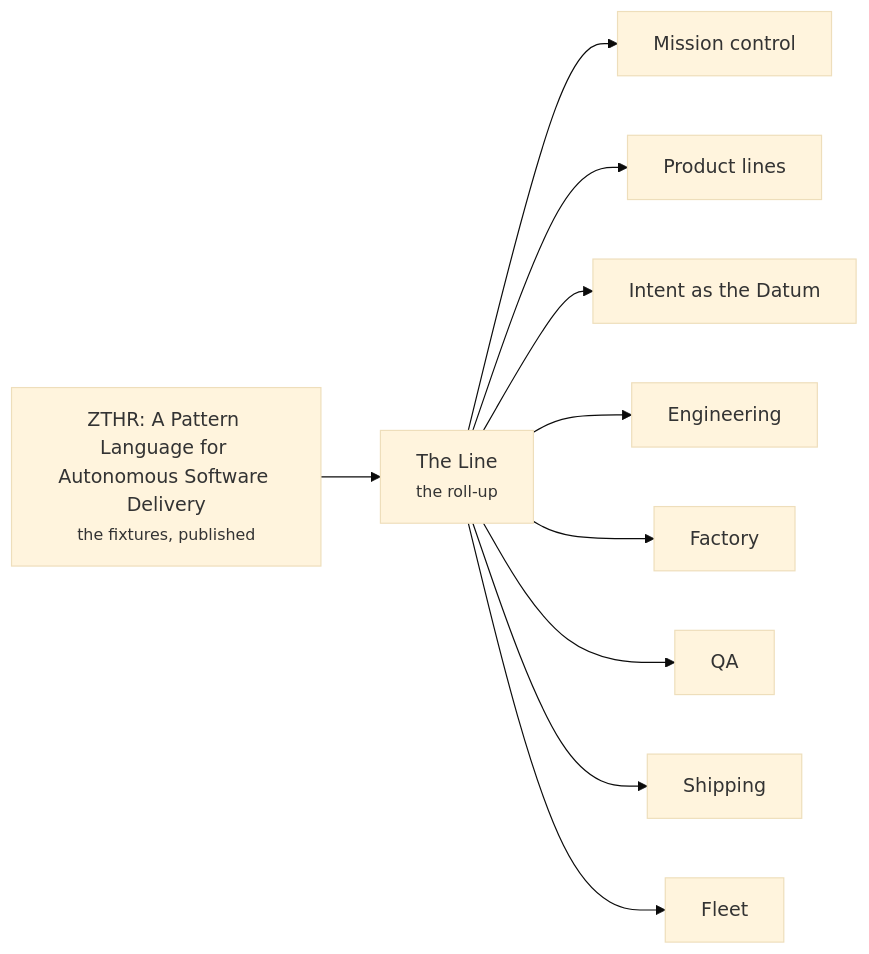
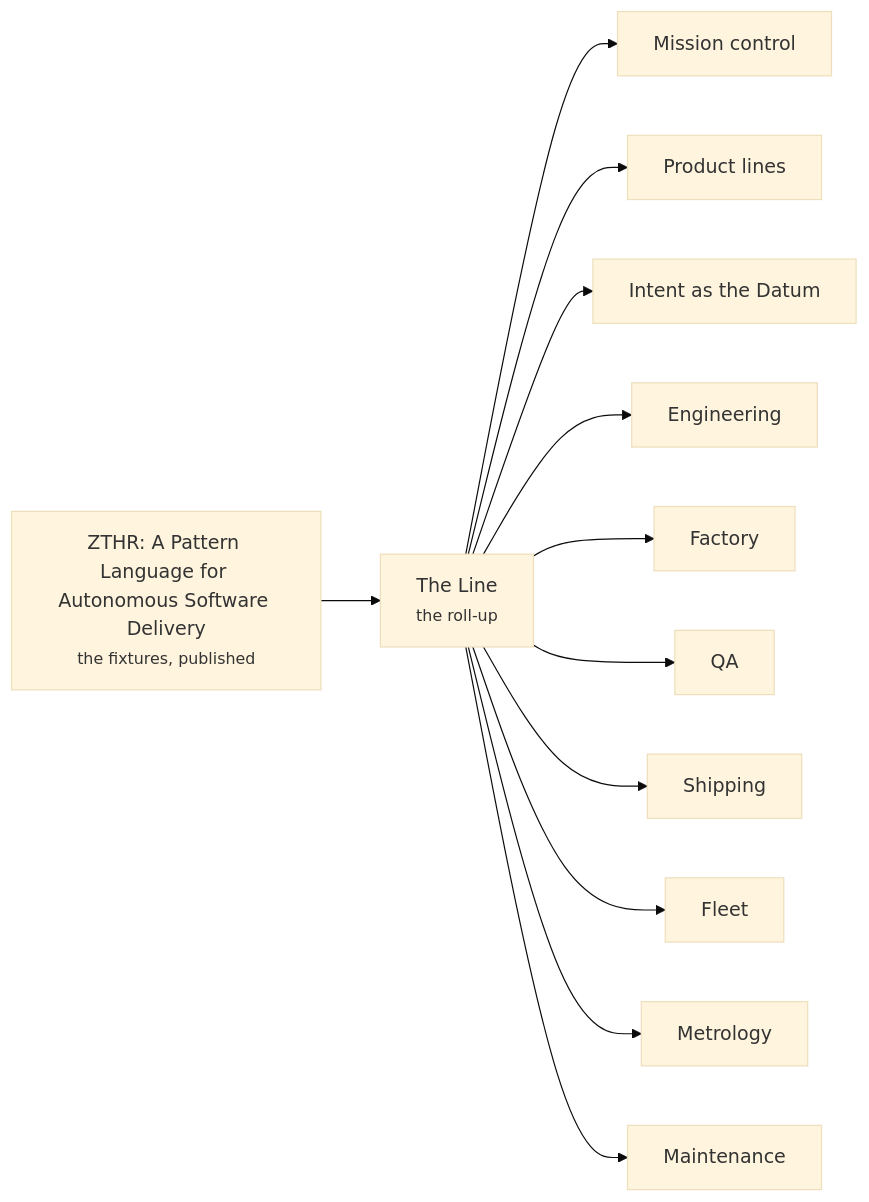
One commit to russlittle/ZTHR changed the diagram in intent/papers/README.md. Above: the diagram before and after it, drawn with Mermaid (base theme). The commit also changed other lines of this file and 72 other files, not shown here.

First line of the commit message:
Metrology and Maintenance departments, the plant map, and 15 work orders closed

````diff
--- a/intent/papers/README.md
+++ b/intent/papers/README.md
@@ -5,14 +5,16 @@
 ```mermaid
 flowchart LR
   Z["ZTHR: A Pattern Language for Autonomous Software Delivery<br/><small>the fixtures, published</small>"]
   L["The Line<br/><small>the roll-up</small>"]
   Z --> L
   L --> M[Mission control]
   L --> P[Product lines]
   L --> I[Intent as the Datum]
   L --> E[Engineering]
   L --> F[Factory]
   L --> Q[QA]
   L --> S[Shipping]
   L --> V[Fleet]
+  L --> MY[Metrology]
+  L --> MT[Maintenance]
 ```
````
